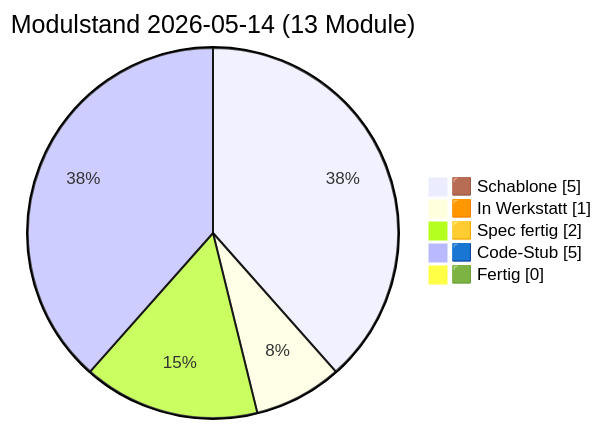
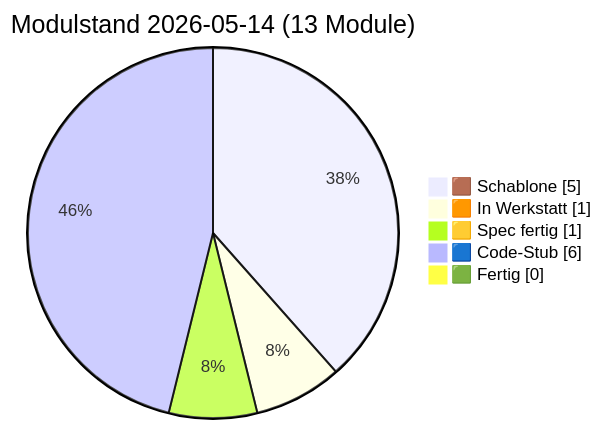
The diagram in docs/PULS.md (lausiklauskn-png/Sage-Protokol), drawn with Mermaid before and after one commit. The commit also changed other lines of this file and 7 other files, not shown here.

First line of the commit message:
Bau-Sitzung Modul 07 Apoptose: Code-Stub (#20)

````diff
--- a/docs/PULS.md
+++ b/docs/PULS.md
@@ -16,9 +16,9 @@
 ```mermaid
 pie showData
   title Modulstand 2026-05-14 (13 Module)
   "🟫 Schablone" : 5
   "🟧 In Werkstatt" : 1
-  "🟨 Spec fertig" : 2
-  "🟦 Code-Stub" : 5
+  "🟨 Spec fertig" : 1
+  "🟦 Code-Stub" : 6
   "🟩 Fertig" : 0
 ```
````
